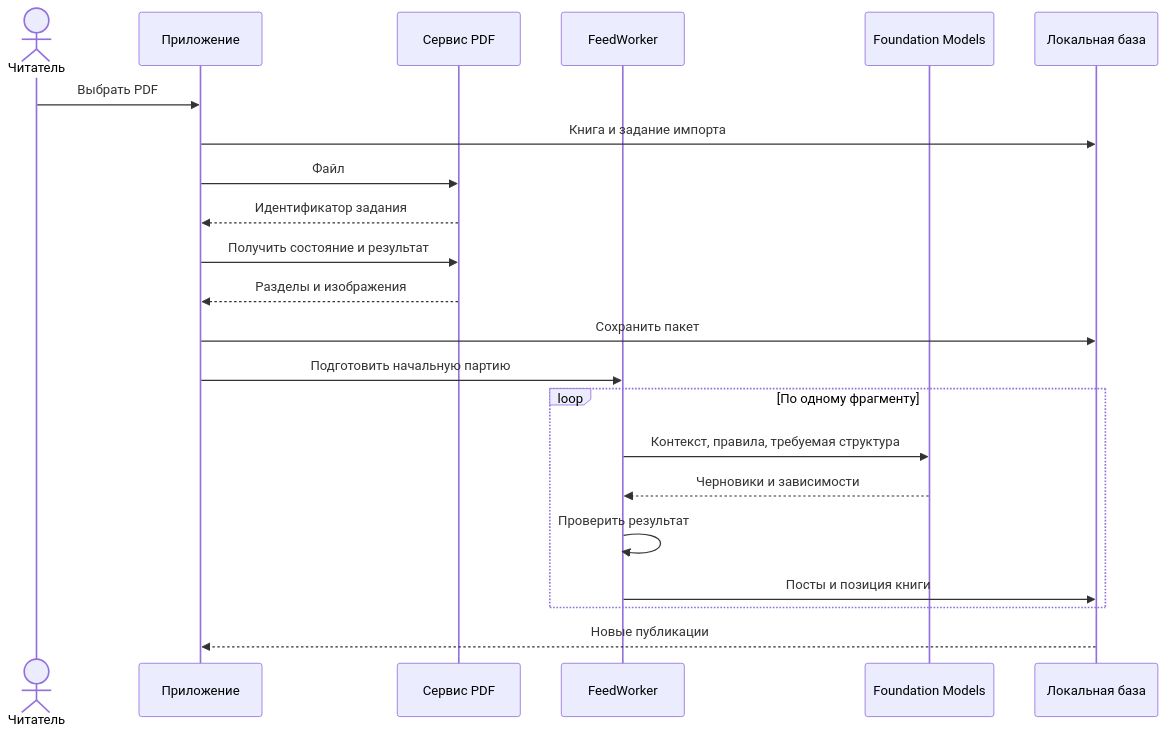
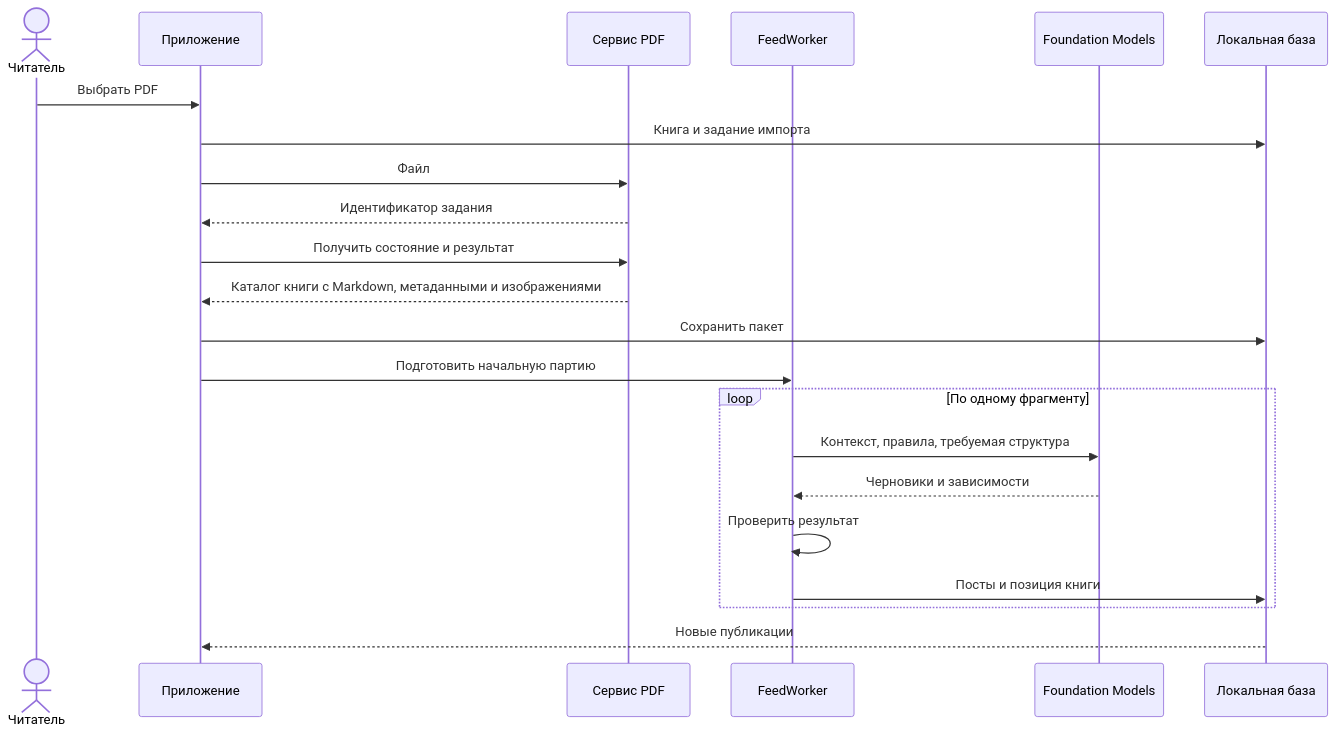
Before and after one commit to vladkalinichencko/fnmn-app: the fourth of 5 diagrams in SPEC.md, drawn with Mermaid. The commit also changed other lines of this file and 20 other files, not shown here.

````diff
--- a/SPEC.md
+++ b/SPEC.md
@@ -161,24 +163,24 @@
 ```mermaid
 sequenceDiagram
     actor Reader as Читатель
     participant App as Приложение
     participant Parser as Сервис PDF
     participant Worker as FeedWorker
     participant Model as Foundation Models
     participant DB as Локальная база
     Reader->>App: Выбрать PDF
     App->>DB: Книга и задание импорта
     App->>Parser: Файл
     Parser-->>App: Идентификатор задания
     App->>Parser: Получить состояние и результат
-    Parser-->>App: Разделы и изображения
+    Parser-->>App: Каталог книги с Markdown, метаданными и изображениями
     App->>DB: Сохранить пакет
     App->>Worker: Подготовить начальную партию
     loop По одному фрагменту
         Worker->>Model: Контекст, правила, требуемая структура
         Model-->>Worker: Черновики и зависимости
         Worker->>Worker: Проверить результат
         Worker->>DB: Посты и позиция книги
     end
     DB-->>App: Новые публикации
 ```
````
